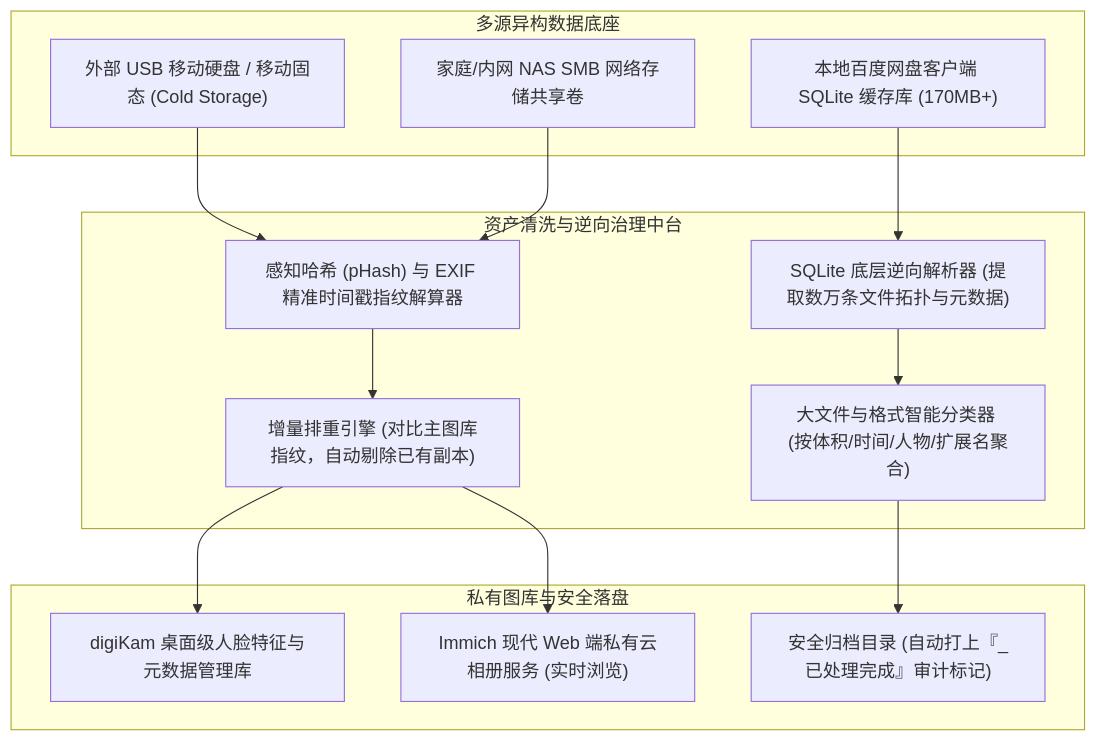
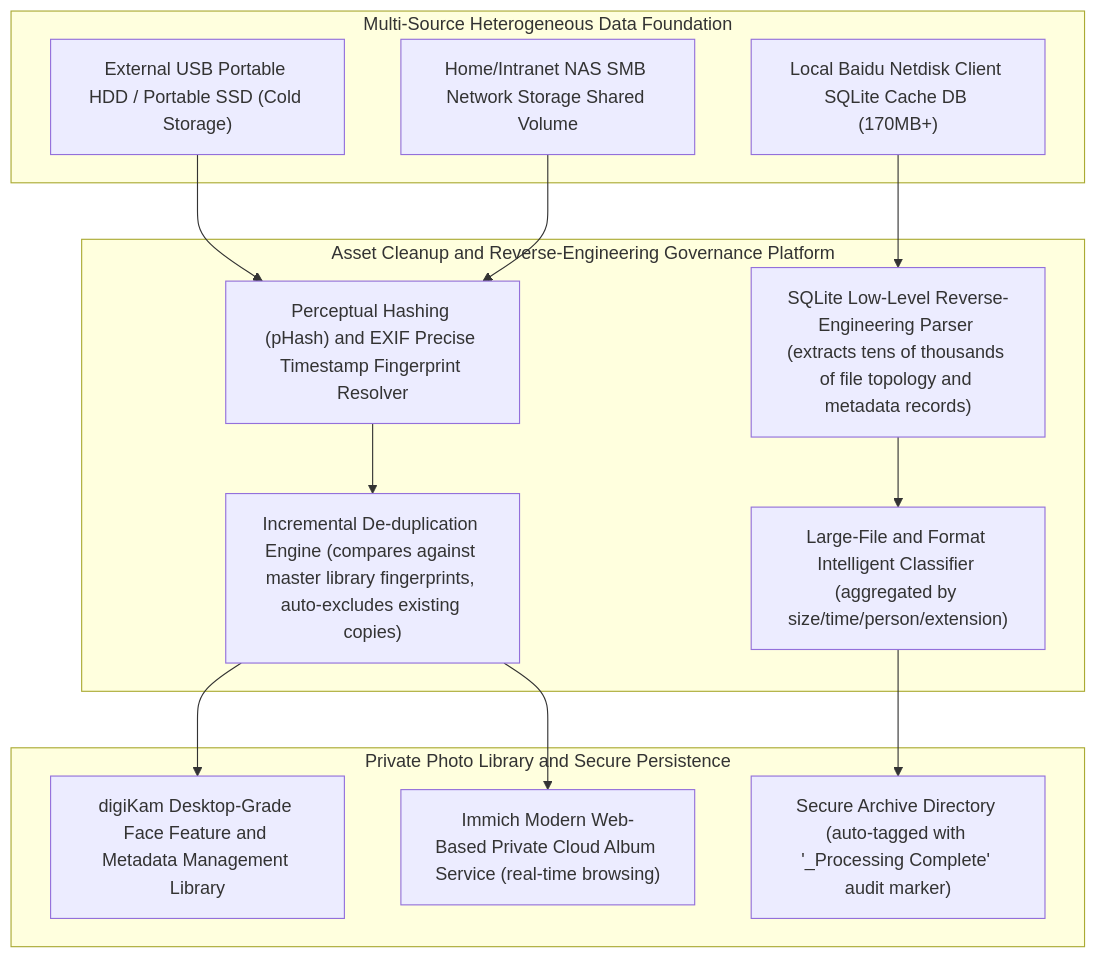
Before and after one commit to cky9/portfolio: the diagram in 01_industrial_engineering/18_pb_scale_multimedia_deduplication_engine.md, drawn with Mermaid. The commit also changed other lines of this file and 69 other files, not shown here.

Commit message:
feat(i18n): fully translate all 21 architecture specifications and 14 demo READMEs to native English with bilingual mirrors

````diff
--- a/01_industrial_engineering/18_pb_scale_multimedia_deduplication_engine.md
+++ b/01_industrial_engineering/18_pb_scale_multimedia_deduplication_engine.md
@@ -20,31 +22,31 @@
 ```mermaid
 flowchart TD
-    subgraph DataSources["多源异构数据底座"]
-        S1["本地百度网盘客户端 SQLite 缓存库 (170MB+)"]
-        S2["外部 USB 移动硬盘 / 移动固态 (Cold Storage)"]
-        S3["家庭/内网 NAS SMB 网络存储共享卷"]
+    subgraph DataSources["Multi-Source Heterogeneous Data Foundation"]
+        S1["Local Baidu Netdisk Client SQLite Cache DB (170MB+)"]
+        S2["External USB Portable HDD / Portable SSD (Cold Storage)"]
+        S3["Home/Intranet NAS SMB Network Storage Shared Volume"]
     end
 
-    subgraph CoreEngine["资产清洗与逆向治理中台"]
-        P1["SQLite 底层逆向解析器 (提取数万条文件拓扑与元数据)"]
-        P2["感知哈希 (pHash) 与 EXIF 精准时间戳指纹解算器"]
-        P3["大文件与格式智能分类器 (按体积/时间/人物/扩展名聚合)"]
-        P4["增量排重引擎 (对比主图库指纹，自动剔除已有副本)"]
+    subgraph CoreEngine["Asset Cleanup and Reverse-Engineering Governance Platform"]
+        P1["SQLite Low-Level Reverse-Engineering Parser (extracts tens of thousands of file topology and metadata records)"]
+        P2["Perceptual Hashing (pHash) and EXIF Precise Timestamp Fingerprint Resolver"]
+        P3["Large-File and Format Intelligent Classifier (aggregated by size/time/person/extension)"]
+        P4["Incremental De-duplication Engine (compares against master library fingerprints, auto-excludes existing copies)"]
     end
 
-    subgraph DestTargets["私有图库与安全落盘"]
-        D1["digiKam 桌面级人脸特征与元数据管理库"]
-        D2["Immich 现代 Web 端私有云相册服务 (实时浏览)"]
-        D3["安全归档目录 (自动打上『_已处理完成』审计标记)"]
+    subgraph DestTargets["Private Photo Library and Secure Persistence"]
+        D1["digiKam Desktop-Grade Face Feature and Metadata Management Library"]
+        D2["Immich Modern Web-Based Private Cloud Album Service (real-time browsing)"]
+        D3["Secure Archive Directory (auto-tagged with '_Processing Complete' audit marker)"]
     end
 
     S1 --> P1
     S2 --> P2
     S3 --> P2
     
     P1 --> P3
     P2 --> P4
     P3 --> D3
     P4 --> D1
     P4 --> D2
 ```
````
